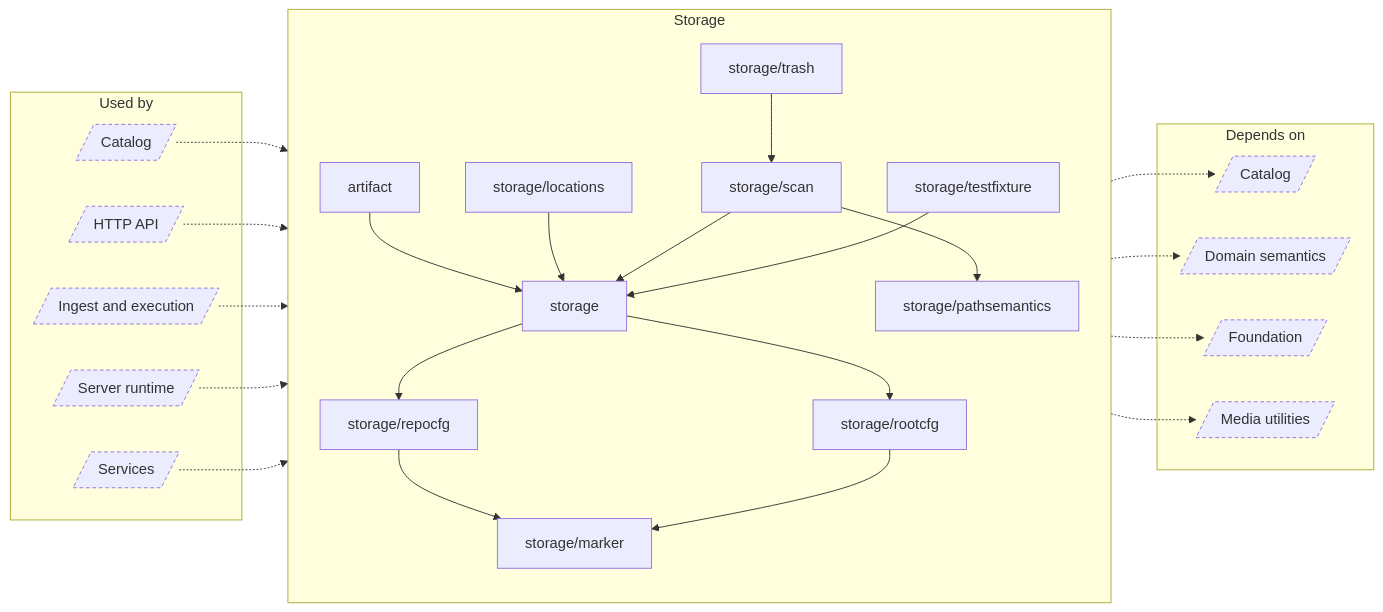
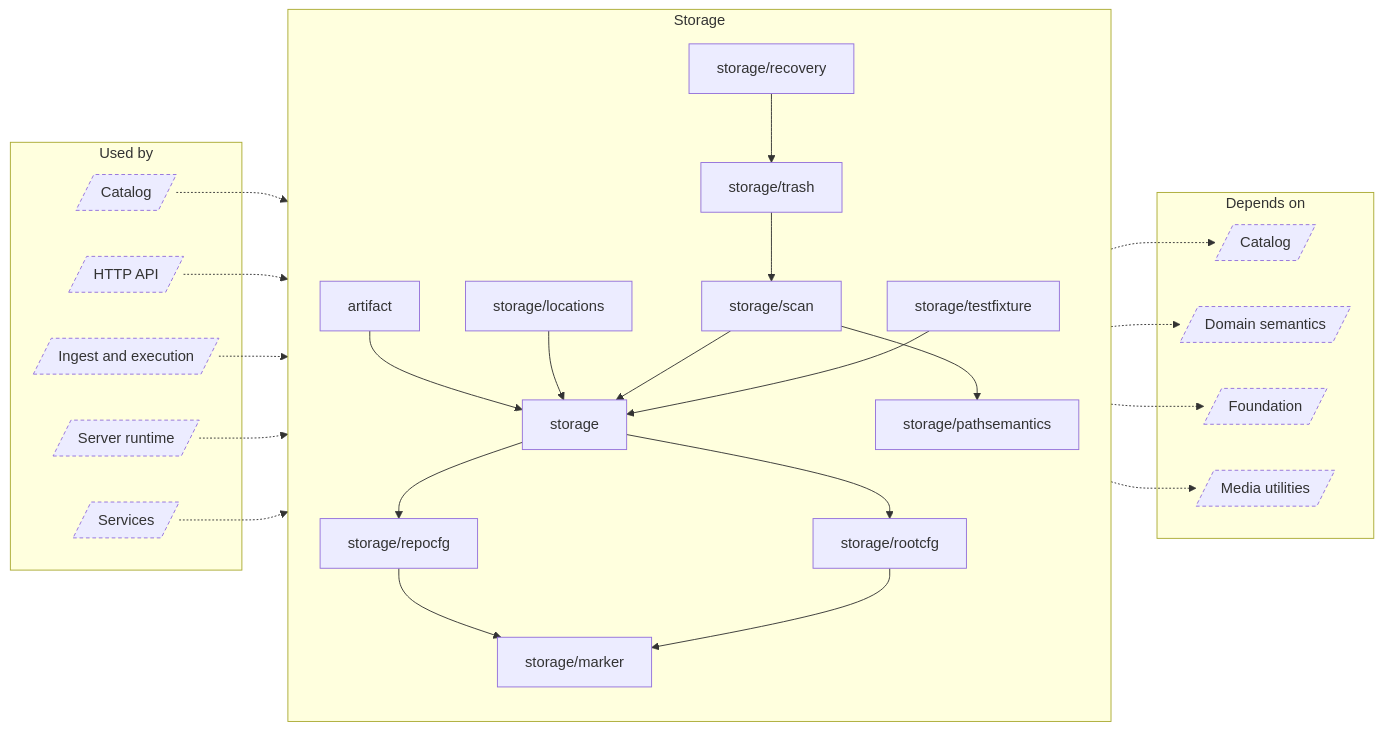
One commit to EdwinZhanCN/Lumilio-Photos changed the diagram in docs/atlas/generated/architecture/group-storage.md. Above: the diagram before and after it, drawn with Mermaid. The commit also changed other lines of this file and 84 other files, not shown here.

````diff
--- a/docs/atlas/generated/architecture/group-storage.md
+++ b/docs/atlas/generated/architecture/group-storage.md
@@ -9,49 +9,51 @@
 ```mermaid
 flowchart LR
     subgraph n_g_Used_by["Used by"]
         n_in_catalog[/"Catalog"/]
         n_in_http[/"HTTP API"/]
         n_in_ingest[/"Ingest and execution"/]
         n_in_runtime[/"Server runtime"/]
         n_in_service[/"Services"/]
     end
     subgraph n_g_Storage["Storage"]
         n_server_internal_artifact["artifact"]
         n_server_internal_storage["storage"]
         n_server_internal_storage_locations["storage/locations"]
         n_server_internal_storage_marker["storage/marker"]
         n_server_internal_storage_pathsemantics["storage/pathsemantics"]
+        n_server_internal_storage_recovery["storage/recovery"]
         n_server_internal_storage_repocfg["storage/repocfg"]
         n_server_internal_storage_rootcfg["storage/rootcfg"]
         n_server_internal_storage_scan["storage/scan"]
         n_server_internal_storage_testfixture["storage/testfixture"]
         n_server_internal_storage_trash["storage/trash"]
     end
     subgraph n_g_Depends_on["Depends on"]
         n_out_catalog[/"Catalog"/]
         n_out_domain[/"Domain semantics"/]
         n_out_foundation[/"Foundation"/]
         n_out_media[/"Media utilities"/]
     end
     n_in_catalog -.-> n_g_Storage
     n_in_http -.-> n_g_Storage
     n_in_ingest -.-> n_g_Storage
     n_in_runtime -.-> n_g_Storage
     n_in_service -.-> n_g_Storage
     n_server_internal_artifact --> n_server_internal_storage
     n_server_internal_storage --> n_server_internal_storage_repocfg
     n_server_internal_storage --> n_server_internal_storage_rootcfg
     n_server_internal_storage_locations --> n_server_internal_storage
+    n_server_internal_storage_recovery --> n_server_internal_storage_trash
     n_server_internal_storage_repocfg --> n_server_internal_storage_marker
     n_server_internal_storage_rootcfg --> n_server_internal_storage_marker
     n_server_internal_storage_scan --> n_server_internal_storage
     n_server_internal_storage_scan --> n_server_internal_storage_pathsemantics
     n_server_internal_storage_testfixture --> n_server_internal_storage
     n_server_internal_storage_trash --> n_server_internal_storage_scan
     n_g_Storage -.-> n_out_catalog
     n_g_Storage -.-> n_out_domain
     n_g_Storage -.-> n_out_foundation
     n_g_Storage -.-> n_out_media
     classDef external stroke-dasharray:4 3
     class n_in_catalog,n_in_http,n_in_ingest,n_in_runtime,n_in_service,n_out_catalog,n_out_domain,n_out_foundation,n_out_media external
 ```
````
